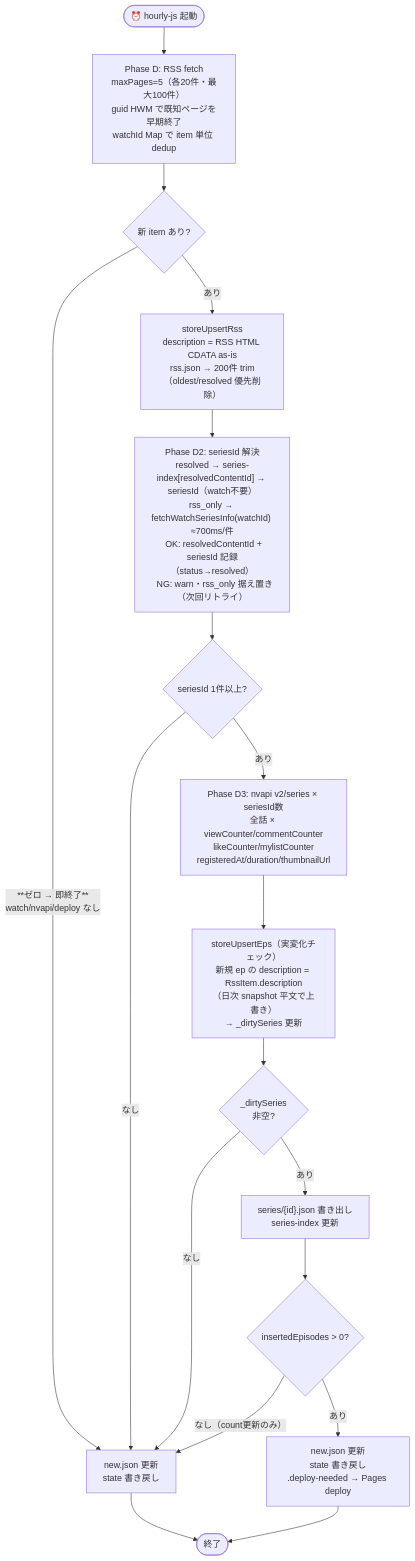
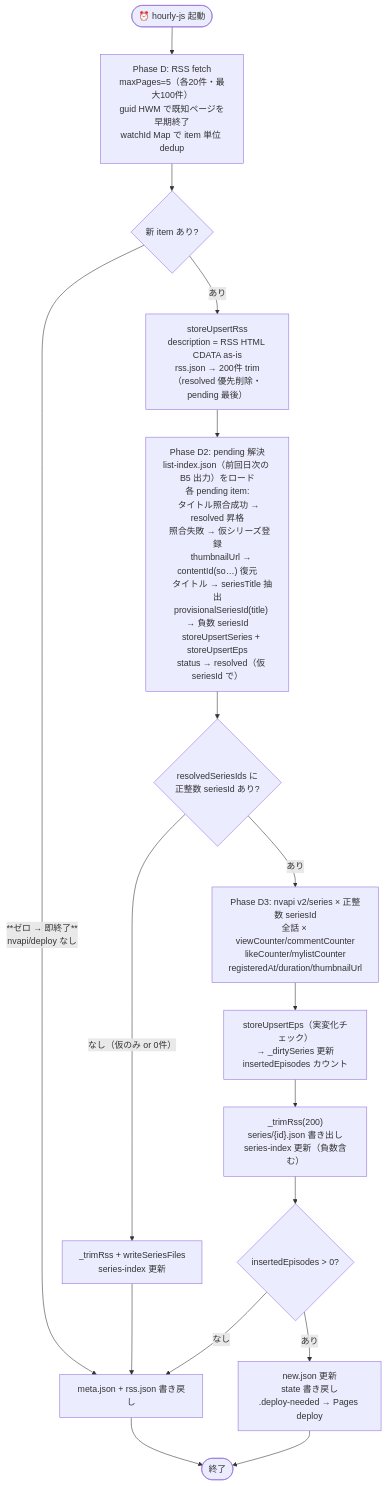
Before and after one commit to emanon-i/nico-danime-viewer: the second of 3 diagrams in docs/l2_foundation/dataflow.md, drawn with Mermaid. The commit also changed other lines of this file and 36 other files, not shown here.

First line of the commit message:
feat(pipeline): 全JSON union・nvapi authoritative・仮シリーズ(SANDA型)・pending化・取得不可表示・SQLite/watch/旧doc完全削除

````diff
--- a/docs/l2_foundation/dataflow.md
+++ b/docs/l2_foundation/dataflow.md
@@ -79,20 +79,19 @@
 ```mermaid
 flowchart TD
     A(["⏰ hourly-js 起動"]) --> B["Phase D: RSS fetch\nmaxPages=5（各20件・最大100件）\nguid HWM で既知ページを早期終了\nwatchId Map で item 単位 dedup"]
     B --> C{"新 item あり?"}
-    C -->|"**ゼロ → 即終了**\nwatch/nvapi/deploy なし"| Z["new.json 更新\nstate 書き戻し"]
-    C -->|"あり"| D["storeUpsertRss\ndescription = RSS HTML CDATA as-is\nrss.json → 200件 trim\n（oldest/resolved 優先削除）"]
-    D --> E["Phase D2: seriesId 解決\nresolved → series-index[resolvedContentId] → seriesId（watch不要）\nrss_only → fetchWatchSeriesInfo(watchId) ≈700ms/件\n  OK: resolvedContentId + seriesId 記録（status→resolved）\n  NG: warn・rss_only 据え置き（次回リトライ）"]
-    E --> F{"seriesId 1件以上?"}
-    F -->|"なし"| Z
-    F -->|"あり"| G["Phase D3: nvapi v2/series × seriesId数\n全話 × viewCounter/commentCounter\nlikeCounter/mylistCounter\nregisteredAt/duration/thumbnailUrl"]
-    G --> H["storeUpsertEps（実変化チェック）\n新規 ep の description = RssItem.description\n（日次 snapshot 平文で上書き）\n→ _dirtySeries 更新"]
-    H --> I{"_dirtySeries\n非空?"}
-    I -->|"なし"| Z
-    I -->|"あり"| J["series/{id}.json 書き出し\nseries-index 更新"]
-    J --> K{"insertedEpisodes > 0?"}
-    K -->|"なし（count更新のみ）"| Z
-    K -->|"あり"| L["new.json 更新\nstate 書き戻し\n.deploy-needed → Pages deploy"]
+    C -->|"**ゼロ → 即終了**\nnvapi/deploy なし"| Z["meta.json + rss.json 書き戻し"]
+    C -->|"あり"| D["storeUpsertRss\ndescription = RSS HTML CDATA as-is\nrss.json → 200件 trim\n（resolved 優先削除・pending 最後）"]
+    D --> E["Phase D2: pending 解決\nlist-index.json（前回日次の B5 出力）をロード\n各 pending item:\n  タイトル照合成功 → resolved 昇格\n  照合失敗 → 仮シリーズ登録\n    thumbnailUrl → contentId(so…) 復元\n    タイトル → seriesTitle 抽出\n    provisionalSeriesId(title) → 負数 seriesId\n    storeUpsertSeries + storeUpsertEps\n    status → resolved（仮 seriesId で）"]
+    E --> F{"resolvedSeriesIds に\n正整数 seriesId あり?"}
+    F -->|"なし（仮のみ or 0件）"| ZW["_trimRss + writeSeriesFiles\nseries-index 更新"]
+    F -->|"あり"| G["Phase D3: nvapi v2/series × 正整数 seriesId\n全話 × viewCounter/commentCounter\nlikeCounter/mylistCounter\nregisteredAt/duration/thumbnailUrl"]
+    G --> H2["storeUpsertEps（実変化チェック）\n→ _dirtySeries 更新\ninsertedEpisodes カウント"]
+    H2 --> I["_trimRss(200)\nseries/{id}.json 書き出し\nseries-index 更新（負数含む）"]
+    I --> J{"insertedEpisodes > 0?"}
+    J -->|"なし"| Z
+    J -->|"あり"| K["new.json 更新\nstate 書き戻し\n.deploy-needed → Pages deploy"]
+    ZW --> Z
     Z --> END([" 終了"])
-    L --> END
+    K --> END
 ```
````
